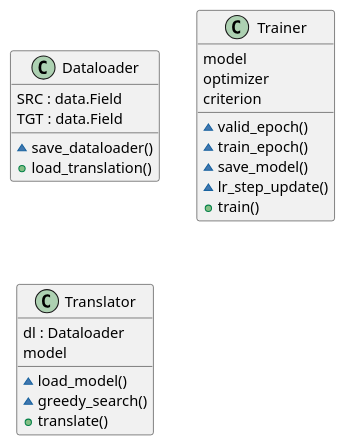
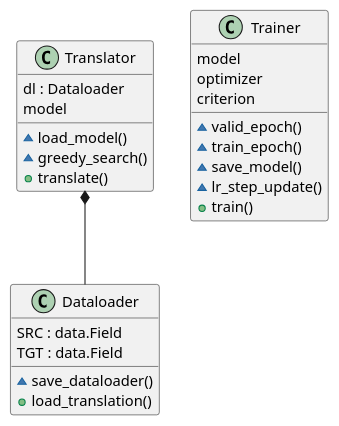
The diagram in Diagrams/UMLs/structure.wsd (hannlp/SimpleNMT), drawn with PlantUML before and after one commit.

```diff
--- a/Diagrams/UMLs/structure.wsd
+++ b/Diagrams/UMLs/structure.wsd
@@ -1,28 +1,30 @@
 @startuml
 class Dataloader{
     SRC : data.Field
     TGT : data.Field
     ~save_dataloader()
     +load_translation()
 }
 
 class Trainer{
     model
     optimizer
     criterion
     ~valid_epoch()
     ~train_epoch()
     ~save_model()
     ~lr_step_update()
     +train()
 }
 
 class Translator{
     dl : Dataloader
     model
     ~load_model()
     ~greedy_search()
     +translate()
 }
 
+ Translator *-- Dataloader
+
 @enduml
```
